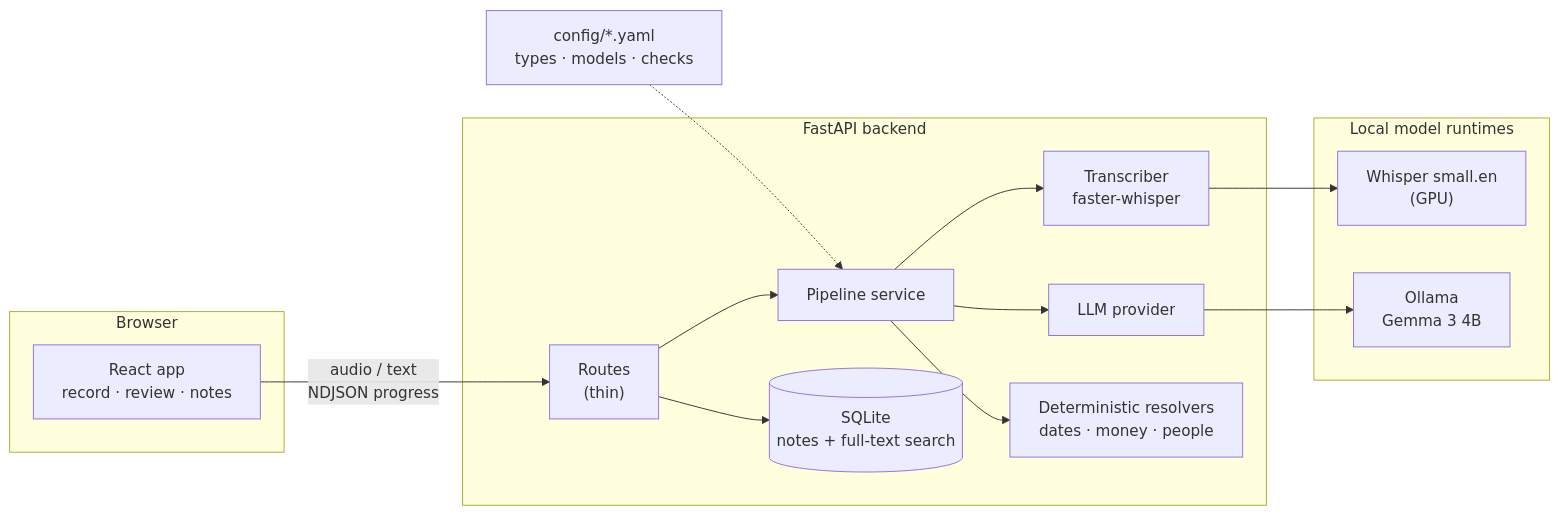
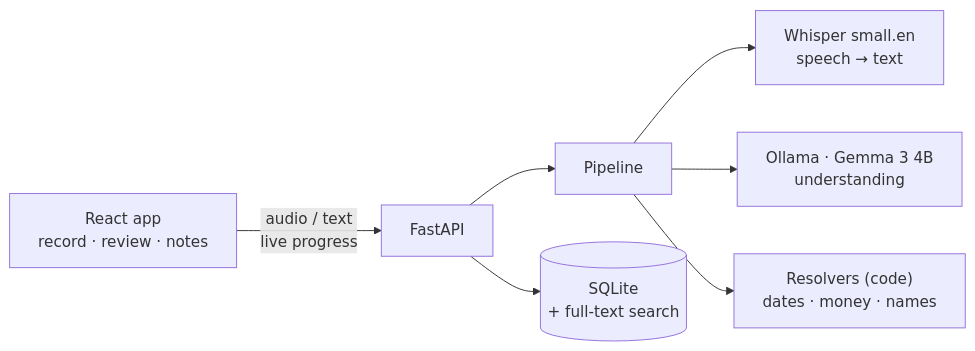
One commit to gouravk001/YapIt changed the first of 5 diagrams in README.md. Above: the diagram before and after it, drawn with Mermaid. The commit also changed other lines of this file and 2 other files, not shown here.

````diff
--- a/README.md
+++ b/README.md
@@ -52,21 +76,9 @@
 ```mermaid
 flowchart LR
-    subgraph Browser
-        UI["React app<br/>record · review · notes"]
-    end
-    subgraph Backend["FastAPI backend"]
-        API["Routes<br/>(thin)"] --> PS["Pipeline service"]
-        PS --> STT["Transcriber<br/>faster-whisper"]
-        PS --> LLM["LLM provider"]
-        PS --> RES["Deterministic resolvers<br/>dates · money · people"]
-        API --> DB[("SQLite<br/>notes + full-text search")]
-    end
-    subgraph Local["Local model runtimes"]
-        W["Whisper small.en<br/>(GPU)"]
-        O["Ollama<br/>Gemma 3 4B"]
-    end
-    UI -- "audio / text<br/>NDJSON progress" --> API
-    STT --> W
-    LLM --> O
-    CFG["config/*.yaml<br/>types · models · checks"] -.-> PS
+    UI["React app<br/>record · review · notes"] -- "audio / text<br/>live progress" --> API["FastAPI"]
+    API --> PS["Pipeline"]
+    PS --> W["Whisper small.en<br/>speech → text"]
+    PS --> O["Ollama · Gemma 3 4B<br/>understanding"]
+    PS --> R["Resolvers (code)<br/>dates · money · names"]
+    API --> DB[("SQLite<br/>+ full-text search")]
 ```
````
